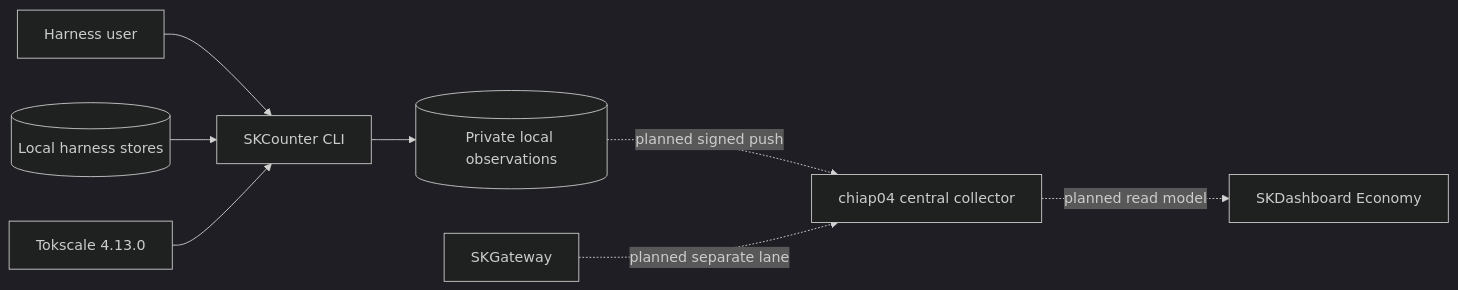
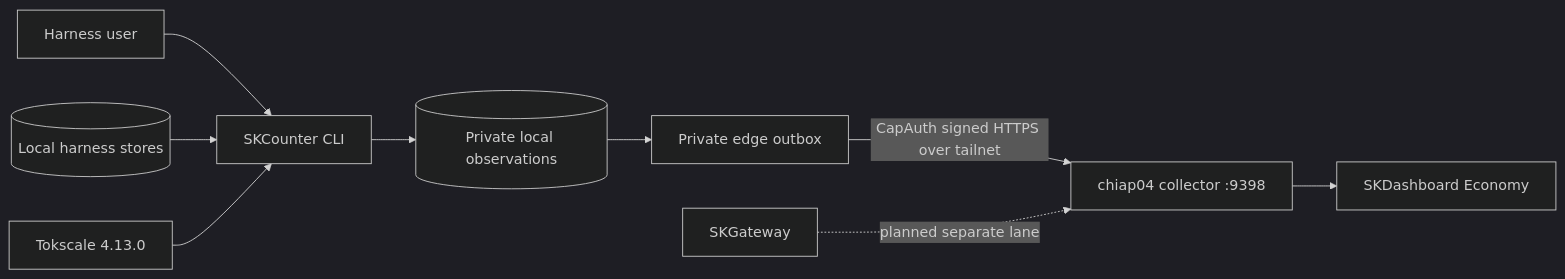
One commit to smilinTux/skcounter changed the first of 5 diagrams in SOP.md. Above: the diagram before and after it, drawn with Mermaid (dark theme). The commit also changed other lines of this file and 26 other files, not shown here.

````diff
--- a/SOP.md
+++ b/SOP.md
@@ -26,10 +26,11 @@
 ```mermaid
 flowchart LR
     User[Harness user] --> CLI[SKCounter CLI]
     Stores[(Local harness stores)] --> CLI
     CLI --> Local[(Private local observations)]
     Backend[Tokscale 4.13.0] --> CLI
-    Local -. planned signed push .-> Collector[chiap04 central collector]
+    Local --> Edge[Private edge outbox]
+    Edge -->|CapAuth signed HTTPS over tailnet| Collector[chiap04 collector :9398]
     Gateway[SKGateway] -. planned separate lane .-> Collector
-    Collector -. planned read model .-> Dashboard[SKDashboard Economy]
+    Collector --> Dashboard[SKDashboard Economy]
 ```
````
